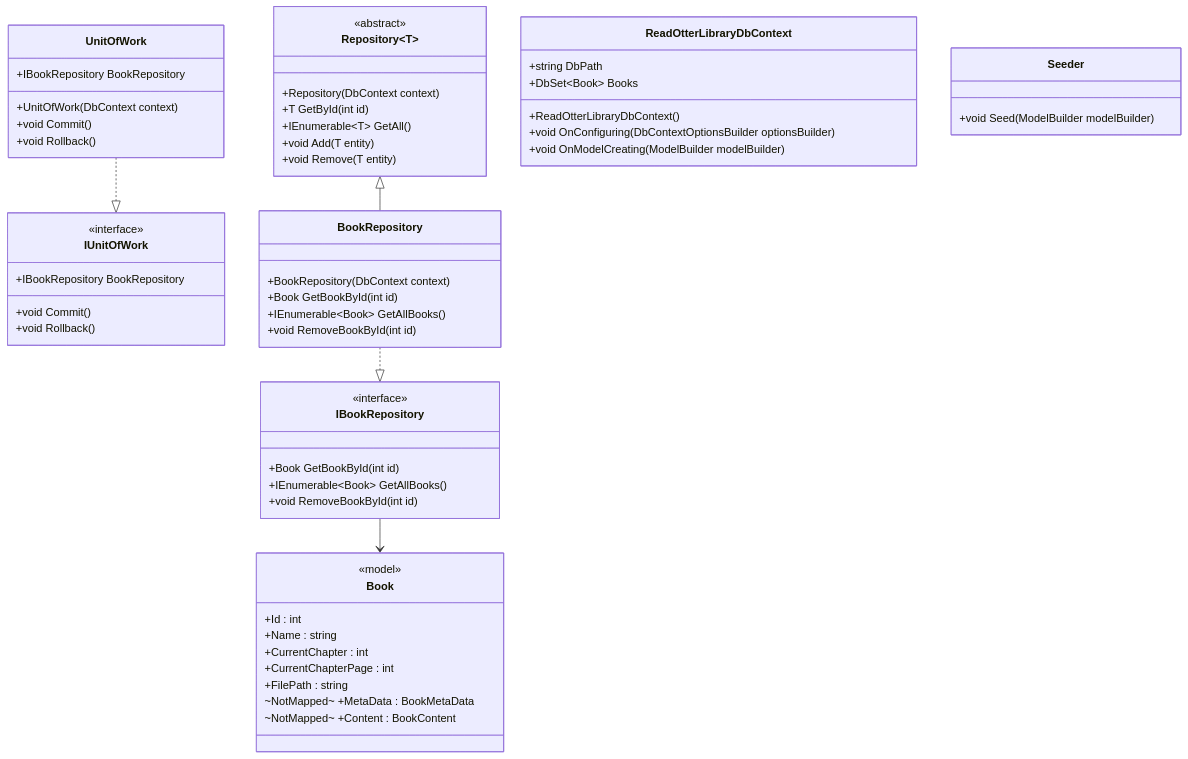
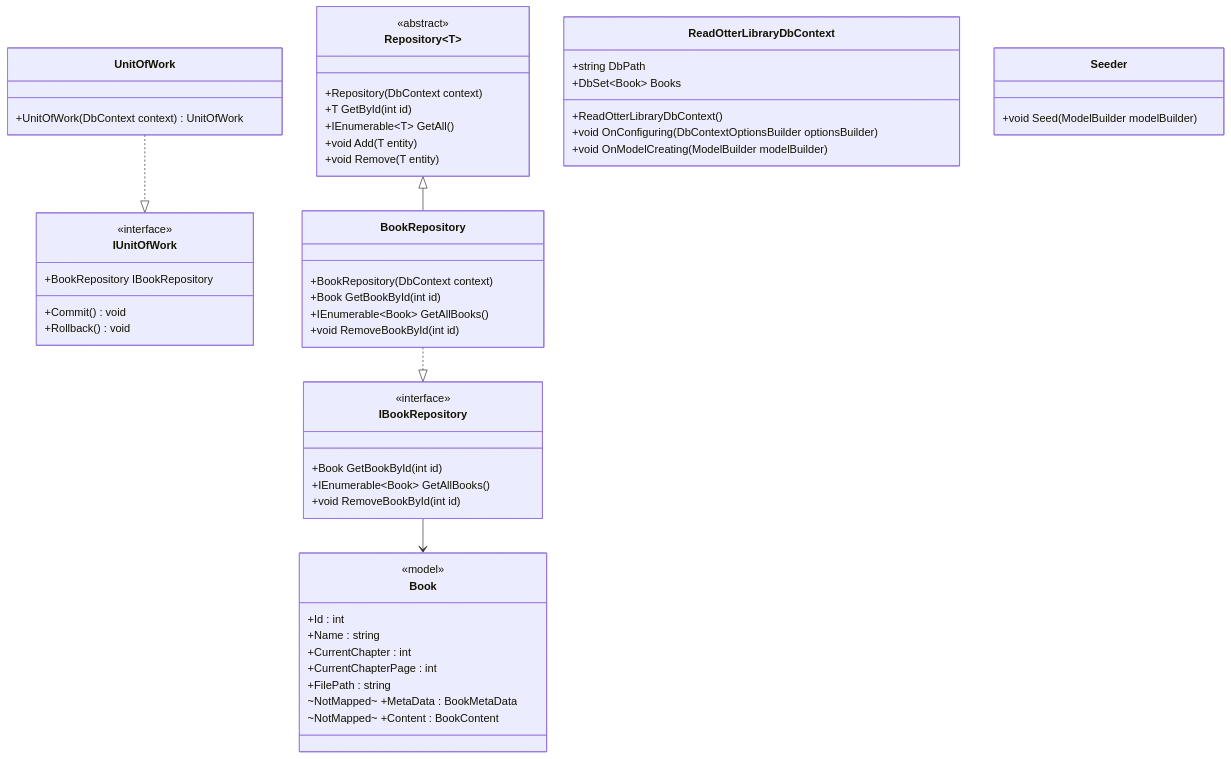
One commit to JulianKirk/ReadOtter changed the second of 2 diagrams in README.md. Above: the diagram before and after it, drawn with Mermaid. The commit also changed other lines of this file, not shown here.

Commit message:
updated diagrams

````diff
--- a/README.md
+++ b/README.md
@@ -77,68 +94,65 @@
 ```mermaid
 classDiagram
 
 class IUnitOfWork {
     <<interface>>
-    +void Commit()
-    +void Rollback()
-    +IBookRepository BookRepository
+    +Commit() void 
+    +Rollback() void 
+    +BookRepository IBookRepository 
 }
 
 class UnitOfWork {
-    +UnitOfWork(DbContext context)
-    +void Commit()
-    +void Rollback()
-    +IBookRepository BookRepository
+    +UnitOfWork(DbContext context) UnitOfWork
 }
 
 class IBookRepository {
     <<interface>>
     +Book GetBookById(int id)
     +IEnumerable~Book~ GetAllBooks()
     +void RemoveBookById(int id)
 }
 
 class BookRepository {
     +BookRepository(DbContext context)
     +Book GetBookById(int id)
     +IEnumerable~Book~ GetAllBooks()
     +void RemoveBookById(int id)
 }
 
 class Repository~T~ {
     <<abstract>>
     +Repository(DbContext context)
     +T GetById(int id)
     +IEnumerable~T~ GetAll()
     +void Add(T entity)
     +void Remove(T entity)
 }
 
 class ReadOtterLibraryDbContext {
     +string DbPath
     +DbSet~Book~ Books
     +ReadOtterLibraryDbContext()
     +void OnConfiguring(DbContextOptionsBuilder optionsBuilder)
     +void OnModelCreating(ModelBuilder modelBuilder)
 }
 
 class Seeder {
     +void Seed(ModelBuilder modelBuilder)
 }
 
 class Book {
     <<model>>
     +Id : int
     +Name : string
     +CurrentChapter : int
     +CurrentChapterPage : int
     +FilePath : string
     ~NotMapped~ +MetaData : BookMetaData
     ~NotMapped~ +Content : BookContent
 }
 
 UnitOfWork ..|> IUnitOfWork
 BookRepository ..|> IBookRepository
 Repository~T~ <|-- BookRepository
 IBookRepository --> Book
 ```
````
